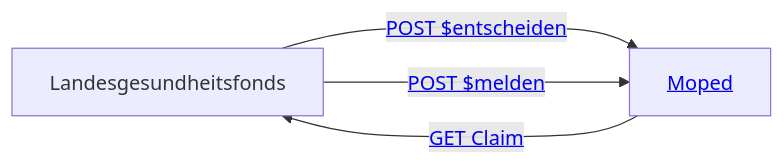
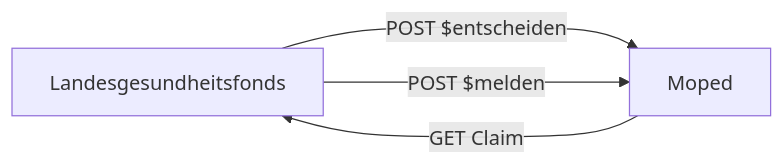
One commit to HL7Austria/ELGA-MOPED-R5 changed the third of 4 diagrams in input/pagecontent/actors.md. Above: the diagram before and after it, drawn with Mermaid. The commit also changed other lines of this file and 3 other files, not shown here.

```diff
--- a/input/pagecontent/actors.md
+++ b/input/pagecontent/actors.md
@@ -36,8 +36,8 @@
 <pre class="mermaid">
     graph LR
     LGF[Landesgesundheitsfonds]
-    Moped[&lt;a href=&quot;#top&quot;&gt;Moped&lt;/a&gt;] 
-    Moped --->|&lt;a href=&quot;StructureDefinition-MopedLKFRequest.html&quot;&gt; GET Claim&lt;/a&gt;| LGF
-    LGF --->|&lt;a href=&quot;OperationDefinition-MOPED.ClaimResponse.Entscheiden.html&quot;&gt; POST $entscheiden&lt;/a&gt;| Moped
-    LGF --->|&lt;a href=&quot;OperationDefinition-MOPED.Claim.Melden.html&quot;&gt; POST $melden&lt;/a&gt;| Moped
+    Moped[Moped] 
+    Moped --->|GET Claim| LGF
+    LGF --->|POST $entscheiden| Moped
+    LGF --->|POST $melden| Moped
 </pre>
```
